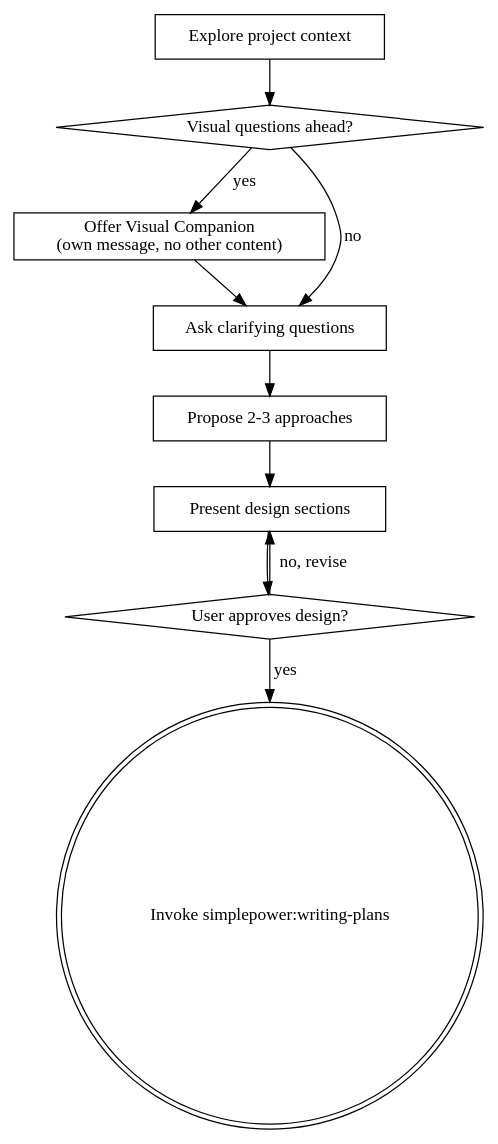
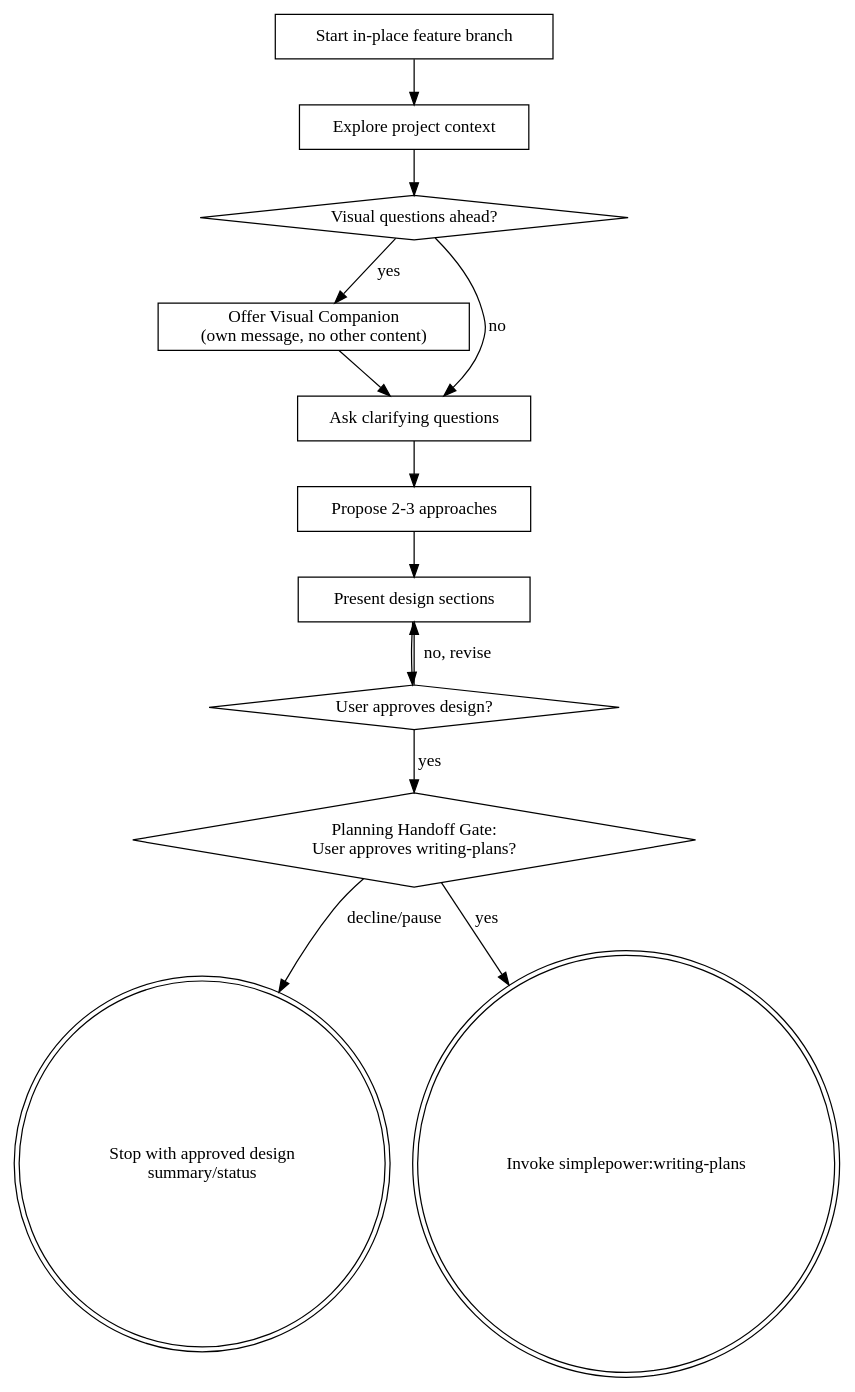
The diagram in skills/brainstorming/SKILL.md (garyfpga/simplepower), drawn with Graphviz before and after one commit. The commit also changed other lines of this file and 11 other files, not shown here.

Commit message:
feat: add branch start and planning gates

````diff
--- a/skills/brainstorming/SKILL.md
+++ b/skills/brainstorming/SKILL.md
@@ -45,22 +58,28 @@
 ```dot
 digraph brainstorming {
+    "Start in-place feature branch" [shape=box];
     "Explore project context" [shape=box];
     "Visual questions ahead?" [shape=diamond];
     "Offer Visual Companion\n(own message, no other content)" [shape=box];
     "Ask clarifying questions" [shape=box];
     "Propose 2-3 approaches" [shape=box];
     "Present design sections" [shape=box];
     "User approves design?" [shape=diamond];
+    "Planning Handoff Gate:\nUser approves writing-plans?" [shape=diamond];
+    "Stop with approved design\nsummary/status" [shape=doublecircle];
     "Invoke simplepower:writing-plans" [shape=doublecircle];
 
+    "Start in-place feature branch" -> "Explore project context";
     "Explore project context" -> "Visual questions ahead?";
     "Visual questions ahead?" -> "Offer Visual Companion\n(own message, no other content)" [label="yes"];
     "Visual questions ahead?" -> "Ask clarifying questions" [label="no"];
     "Offer Visual Companion\n(own message, no other content)" -> "Ask clarifying questions";
     "Ask clarifying questions" -> "Propose 2-3 approaches";
     "Propose 2-3 approaches" -> "Present design sections";
     "Present design sections" -> "User approves design?";
     "User approves design?" -> "Present design sections" [label="no, revise"];
-    "User approves design?" -> "Invoke simplepower:writing-plans" [label="yes"];
+    "User approves design?" -> "Planning Handoff Gate:\nUser approves writing-plans?" [label="yes"];
+    "Planning Handoff Gate:\nUser approves writing-plans?" -> "Invoke simplepower:writing-plans" [label="yes"];
+    "Planning Handoff Gate:\nUser approves writing-plans?" -> "Stop with approved design\nsummary/status" [label="decline/pause"];
 }
 ```
````
